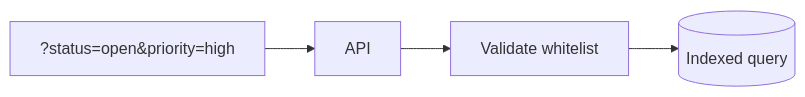
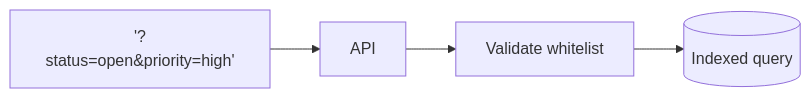
One commit to hareramcse/SystemDesign changed diagram 14 of 26 in 07-api-design/README.md. Above: the diagram before and after it, drawn with Mermaid. The commit also changed other lines of this file and 14 other files, not shown here.

````diff
--- a/07-api-design/README.md
+++ b/07-api-design/README.md
@@ -888,6 +888,6 @@
 ```mermaid
 flowchart LR
-    Q["?status=open&priority=high"] --> API
+    Q['?status=open&priority=high'] --> API
     API --> Valid[Validate whitelist]
     Valid --> DB[(Indexed query)]
 ```
````
